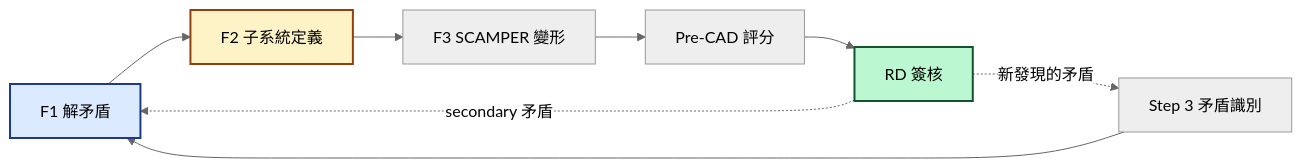
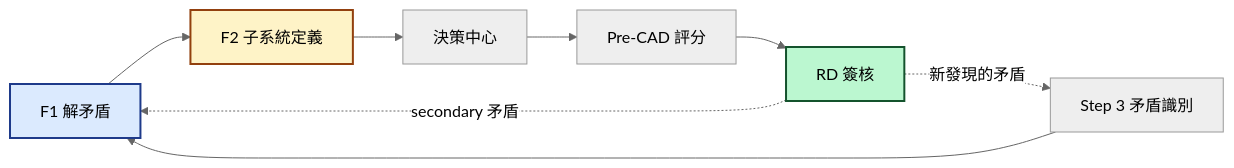
Before and after one commit to Zenobia0000/RD_copilot_system: diagram 30 of 30 in docs/01-define/diagrams/appendix-b--forward-triz-solver.md, drawn with Mermaid. The commit also changed 77 other files, not shown here.

````diff
--- a/docs/01-define/diagrams/appendix-b--forward-triz-solver.md
+++ b/docs/01-define/diagrams/appendix-b--forward-triz-solver.md
@@ -1303,15 +1303,15 @@
 ```mermaid
 %%{init: {'theme': 'neutral'}}%%
 flowchart LR
     A[F1 解矛盾] --> B[F2 子系統定義]
-    B --> C[F3 SCAMPER 變形]
+    B --> C[決策中心]
     C --> D[Pre-CAD 評分]
     D --> E[RD 簽核]
     E -.->|secondary 矛盾| A
     E -.->|新發現的矛盾| F[Step 3 矛盾識別]
     F --> A
 
     style A fill:#dbeafe,stroke:#1e3a8a,stroke-width:2px,color:#000
     style B fill:#fef3c7,stroke:#92400e,stroke-width:2px,color:#000
     style E fill:#bbf7d0,stroke:#14532d,stroke-width:2px,color:#000
 ```
````
